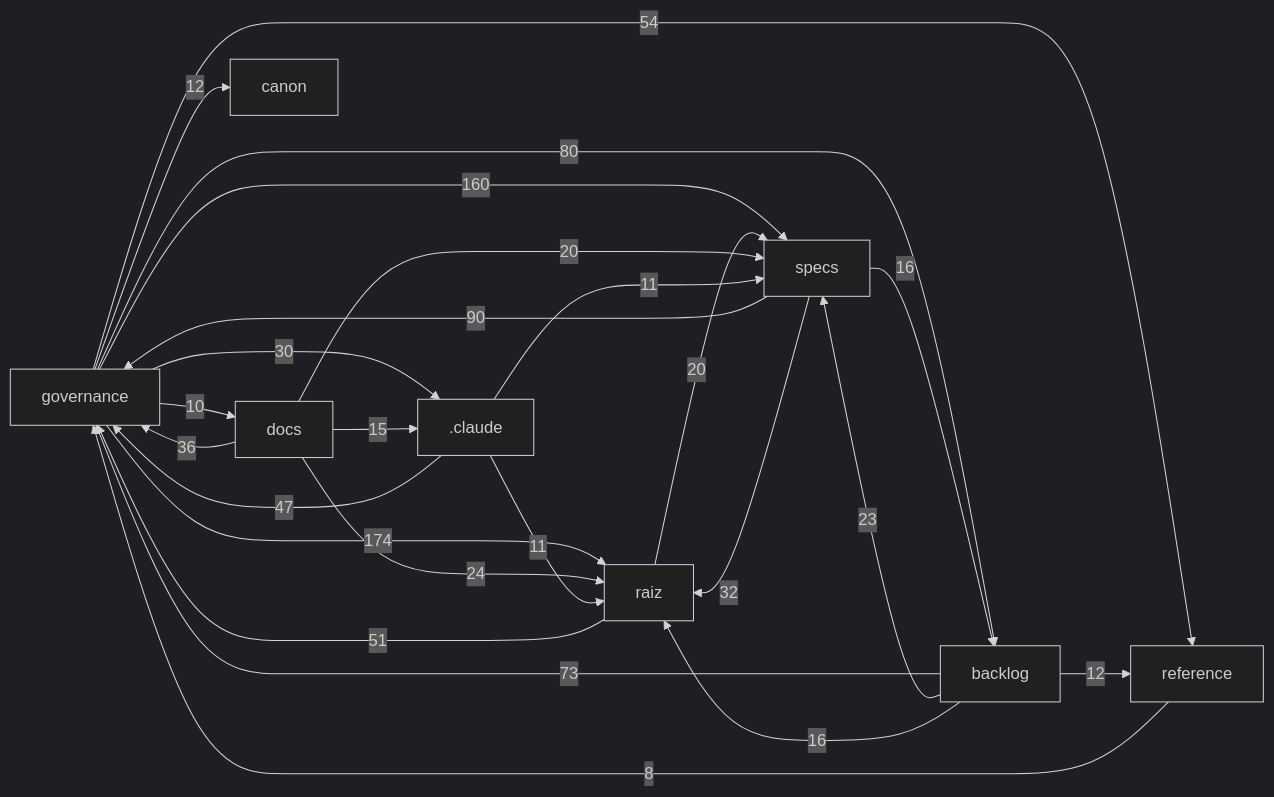
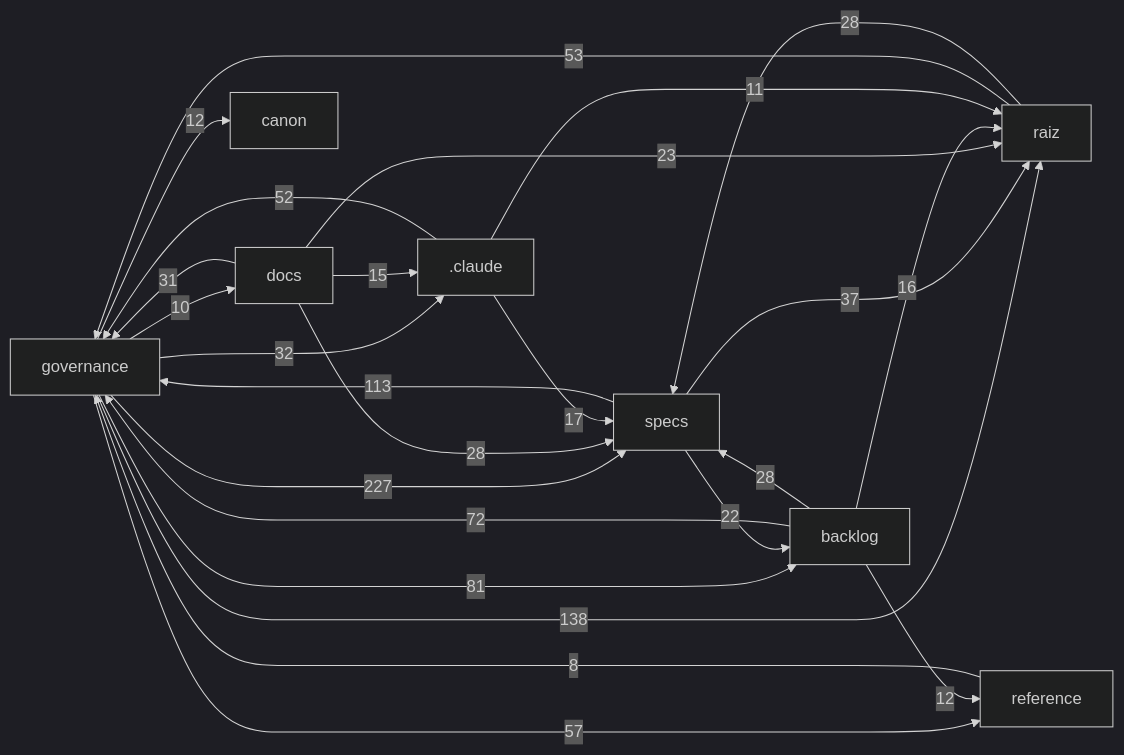
Before and after one commit to Andraus35/Sistema-Operacional-de-Trading--SOT: the diagram in docs/mapa/MAPA-PROJETO.md, drawn with Mermaid (dark theme). The commit also changed other lines of this file and 32 other files, not shown here.

````diff
--- a/docs/mapa/MAPA-PROJETO.md
+++ b/docs/mapa/MAPA-PROJETO.md
@@ -30,27 +30,27 @@
 ```mermaid
 flowchart LR
-  governance["governance"] -->|174| raiz["raiz"]
-  governance["governance"] -->|160| specs["specs"]
-  specs["specs"] -->|90| governance["governance"]
-  governance["governance"] -->|80| backlog["backlog"]
-  backlog["backlog"] -->|73| governance["governance"]
-  governance["governance"] -->|54| reference["reference"]
-  raiz["raiz"] -->|51| governance["governance"]
-  _claude[".claude"] -->|47| governance["governance"]
-  docs["docs"] -->|36| governance["governance"]
-  specs["specs"] -->|32| raiz["raiz"]
-  governance["governance"] -->|30| _claude[".claude"]
-  docs["docs"] -->|24| raiz["raiz"]
-  backlog["backlog"] -->|23| specs["specs"]
-  raiz["raiz"] -->|20| specs["specs"]
-  docs["docs"] -->|20| specs["specs"]
+  governance["governance"] -->|227| specs["specs"]
+  governance["governance"] -->|138| raiz["raiz"]
+  specs["specs"] -->|113| governance["governance"]
+  governance["governance"] -->|81| backlog["backlog"]
+  backlog["backlog"] -->|72| governance["governance"]
+  governance["governance"] -->|57| reference["reference"]
+  raiz["raiz"] -->|53| governance["governance"]
+  _claude[".claude"] -->|52| governance["governance"]
+  specs["specs"] -->|37| raiz["raiz"]
+  governance["governance"] -->|32| _claude[".claude"]
+  docs["docs"] -->|31| governance["governance"]
+  raiz["raiz"] -->|28| specs["specs"]
+  backlog["backlog"] -->|28| specs["specs"]
+  docs["docs"] -->|28| specs["specs"]
+  docs["docs"] -->|23| raiz["raiz"]
+  specs["specs"] -->|22| backlog["backlog"]
+  _claude[".claude"] -->|17| specs["specs"]
   backlog["backlog"] -->|16| raiz["raiz"]
-  specs["specs"] -->|16| backlog["backlog"]
   docs["docs"] -->|15| _claude[".claude"]
   backlog["backlog"] -->|12| reference["reference"]
   governance["governance"] -->|12| canon["canon"]
   _claude[".claude"] -->|11| raiz["raiz"]
-  _claude[".claude"] -->|11| specs["specs"]
   governance["governance"] -->|10| docs["docs"]
   reference["reference"] -->|8| governance["governance"]
 ```
````
